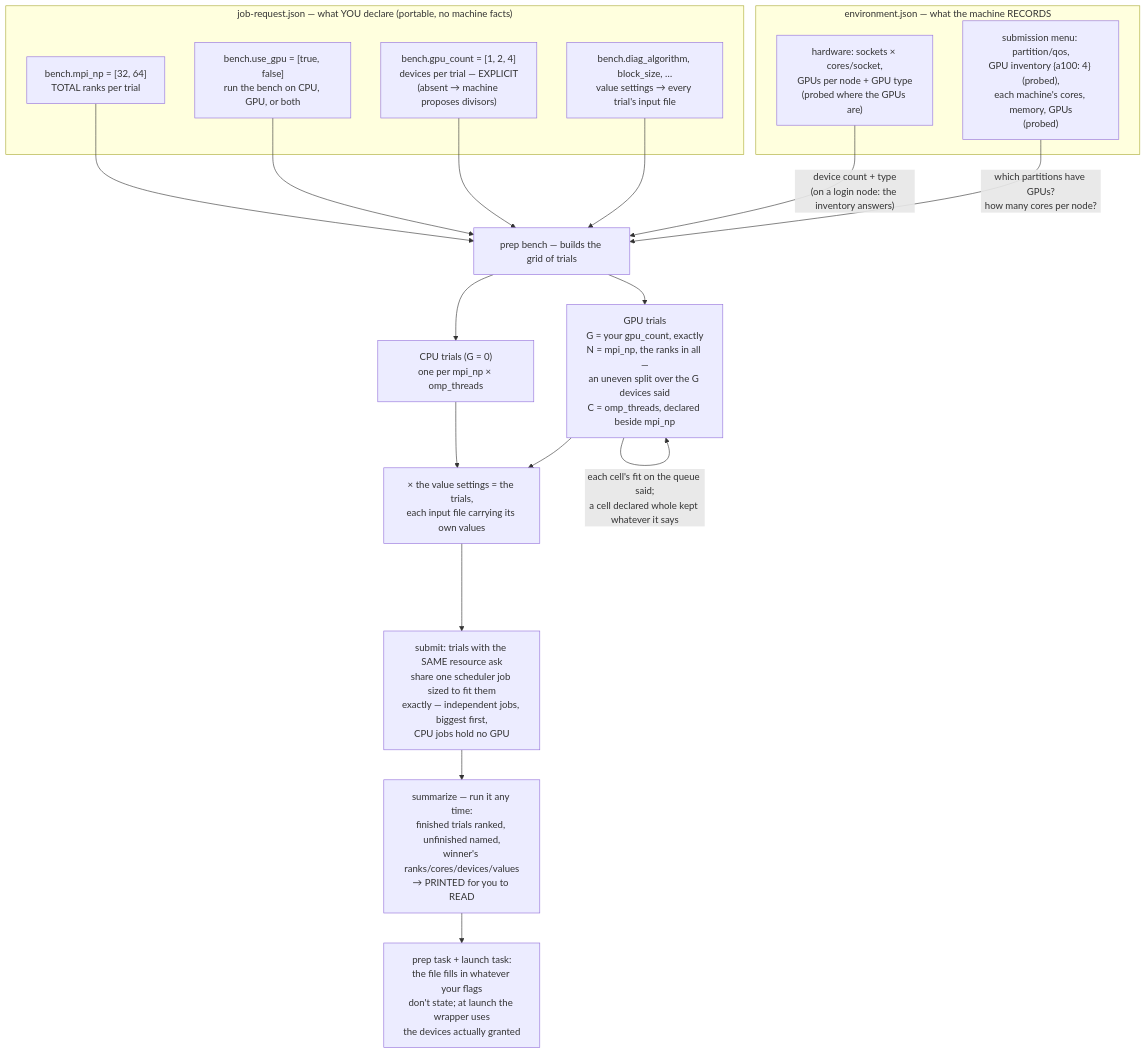
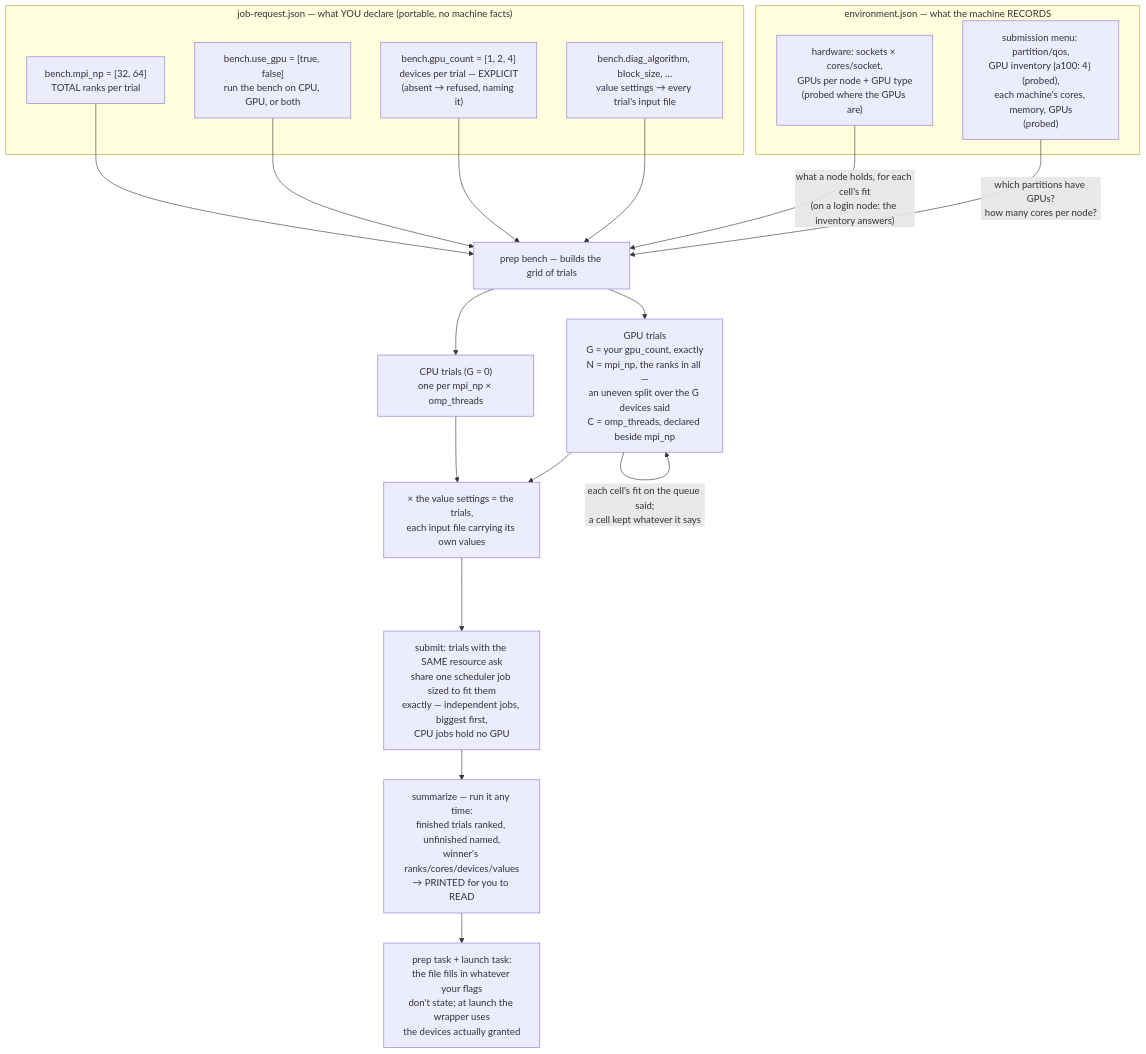
The second of 4 diagrams in docs/engines/tuning.md (Qing-LAB/molbuilder), drawn with Mermaid before and after one commit. The commit also changed other lines of this file and 34 other files, not shown here.

````diff
--- a/docs/engines/tuning.md
+++ b/docs/engines/tuning.md
@@ -543,28 +540,28 @@
 ```mermaid
 flowchart TD
     subgraph YOU["job-request.json — what YOU declare (portable, no machine facts)"]
         MP["bench.mpi_np = [32, 64]<br/>TOTAL ranks per trial"]
         EG["bench.use_gpu = [true, false]<br/>run the bench on CPU, GPU, or both"]
-        GC["bench.gpu_count = [1, 2, 4]<br/>devices per trial — EXPLICIT<br/>(absent → machine proposes divisors)"]
+        GC["bench.gpu_count = [1, 2, 4]<br/>devices per trial — EXPLICIT<br/>(absent → refused, naming it)"]
         VA["bench.diag_algorithm, block_size, …<br/>value settings → every trial's input file"]
     end
     subgraph MACHINE["environment.json — what the machine RECORDS"]
         TOPO["hardware: sockets × cores/socket,<br/>GPUs per node + GPU type<br/>(probed where the GPUs are)"]
         DOM["submission menu: partition/qos,<br/>GPU inventory {a100: 4} (probed),<br/>each machine's cores, memory, GPUs<br/>(probed)"]
     end
     PREP["prep bench — builds the grid of trials"]
     MP --> PREP
     EG --> PREP
     GC --> PREP
     VA --> PREP
-    TOPO -->|"device count + type<br/>(on a login node: the inventory answers)"| PREP
+    TOPO -->|"what a node holds, for each cell's fit<br/>(on a login node: the inventory answers)"| PREP
     DOM -->|"which partitions have GPUs?<br/>how many cores per node?"| PREP
     PREP --> CPU["CPU trials (G = 0)<br/>one per mpi_np × omp_threads"]
     PREP --> GPU["GPU trials<br/>G = your gpu_count, exactly<br/>N = mpi_np, the ranks in all —<br/>an uneven split over the G devices said<br/>C = omp_threads, declared beside mpi_np"]
-    GPU -->|"each cell's fit on the queue said;<br/>a cell declared whole kept whatever it says"| GPU
+    GPU -->|"each cell's fit on the queue said;<br/>a cell kept whatever it says"| GPU
     CPU --> TRIALS["× the value settings = the trials,<br/>each input file carrying its own values"]
     GPU --> TRIALS
     TRIALS --> SHELF["submit: trials with the SAME resource ask<br/>share one scheduler job sized to fit them<br/>exactly — independent jobs, biggest first,<br/>CPU jobs hold no GPU"]
     SHELF --> SUMM["summarize — run it any time:<br/>finished trials ranked, unfinished named,<br/>winner's ranks/cores/devices/values<br/>→ PRINTED for you to READ"]
     SUMM --> RUN["prep task + launch task:<br/>the file fills in whatever your flags<br/>don't state; at launch the wrapper uses<br/>the devices actually granted"]
 ```
````
